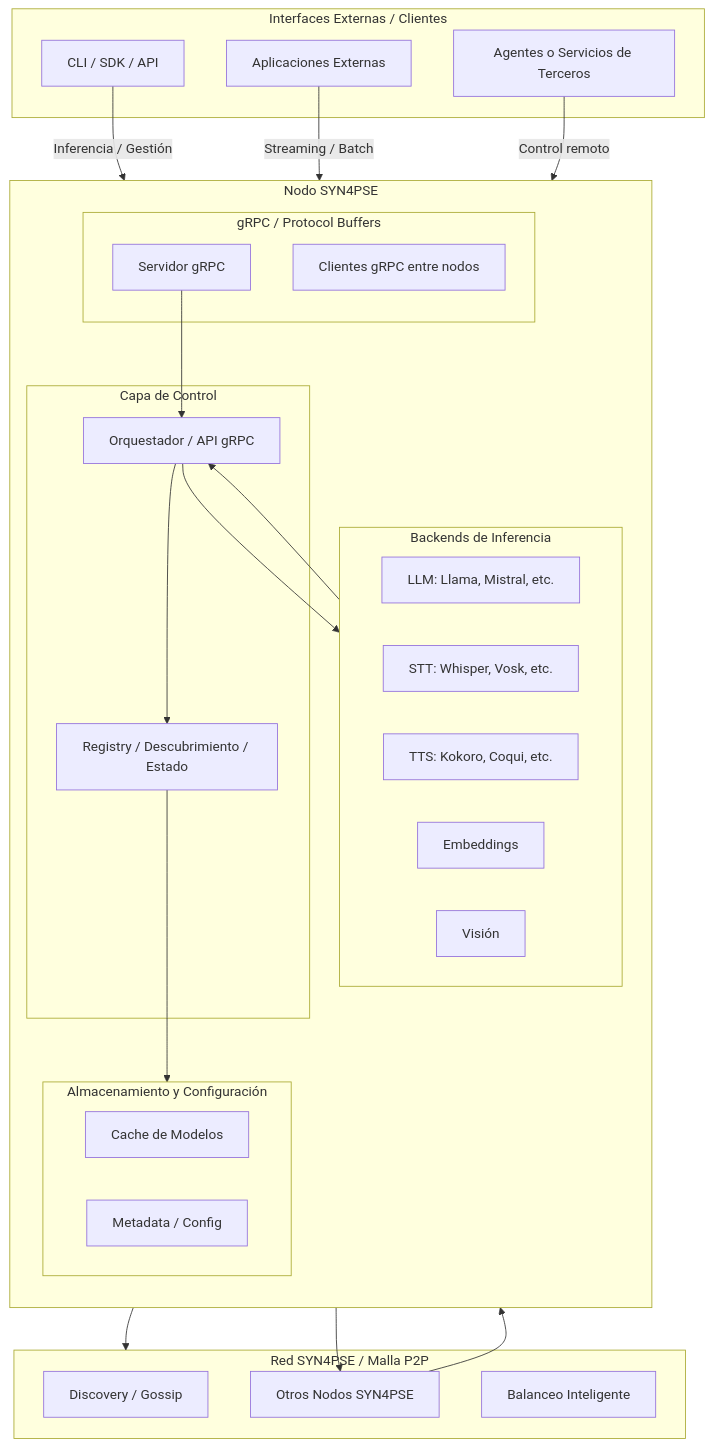
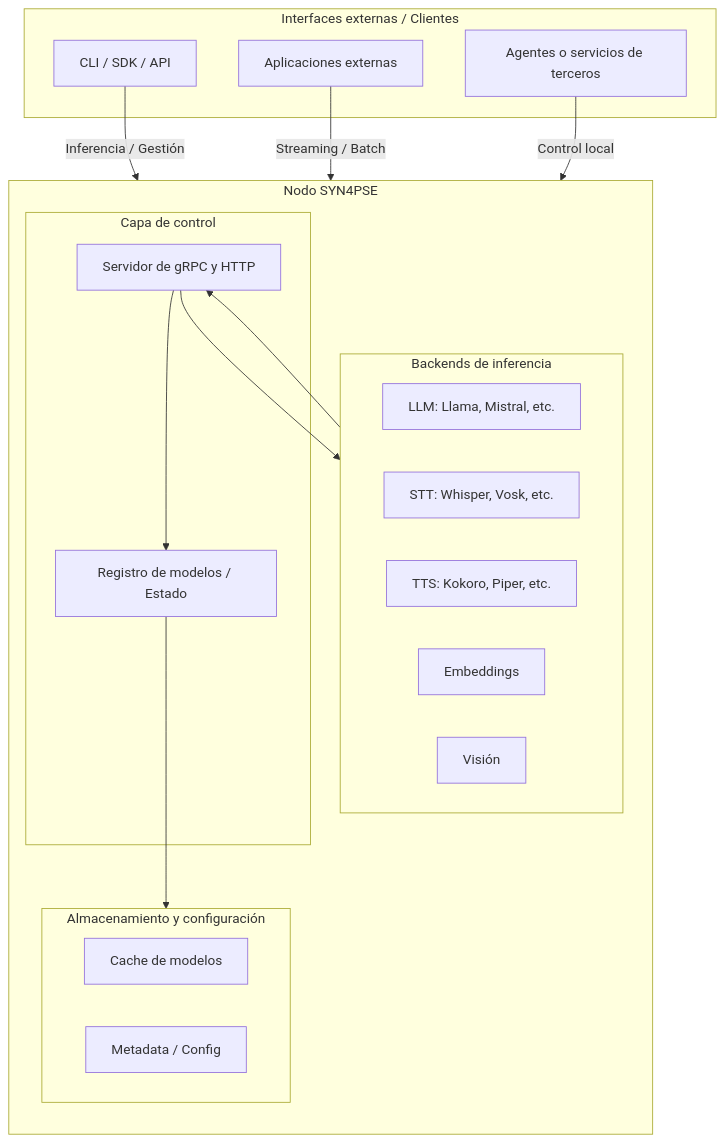
Before and after one commit to ju4n97/samples: the diagram in README.md, drawn with Mermaid. The commit also changed other lines of this file and 2 other files, not shown here.

````diff
--- a/README.md
+++ b/README.md
@@ -17,53 +23,38 @@
 ```mermaid
 flowchart TD
-    subgraph CLIENTS[Interfaces Externas / Clientes]
+    subgraph CLIENTS[Interfaces externas / Clientes]
         A1[CLI / SDK / API]
-        A2[Aplicaciones Externas]
-        A3[Agentes o Servicios de Terceros]
+        A2[Aplicaciones externas]
+        A3[Agentes o servicios de terceros]
     end
 
     subgraph NODE[Nodo SYN4PSE]
         direction TB
 
-        subgraph CONTROL[Capa de Control]
-            B1[Registry / Descubrimiento / Estado]
-            B2[Orquestador / API gRPC]
+        subgraph CONTROL[Capa de control]
+            B1[Registro de modelos / Estado]
+            B2[Servidor de gRPC y HTTP]
         end
 
-        subgraph BACKENDS[Backends de Inferencia]
+        subgraph BACKENDS[Backends de inferencia]
             C1[LLM: Llama, Mistral, etc.]
             C2[STT: Whisper, Vosk, etc.]
-            C3[TTS: Kokoro, Coqui, etc.]
+            C3[TTS: Kokoro, Piper, etc.]
             C4[Embeddings]
             C5[Visión]
         end
 
-        subgraph PB[gRPC / Protocol Buffers]
-            D1[Servidor gRPC]
-            D2[Clientes gRPC entre nodos]
-        end
-
-        subgraph STORAGE[Almacenamiento y Configuración]
-            E1[Cache de Modelos]
+        subgraph STORAGE[Almacenamiento y configuración]
+            E1[Cache de modelos]
             E2[Metadata / Config]
         end
     end
 
-    subgraph NETWORK[Red SYN4PSE / Malla P2P]
-        F1[Discovery / Gossip]
-        F2[Otros Nodos SYN4PSE]
-        F3[Balanceo Inteligente]
-    end
-
-    A1 -->|Inferencia / Gestión| D1
-    A2 -->|Streaming / Batch| D1
-    A3 -->|Control remoto| D1
-    D1 --> B2
+    A1 -->|Inferencia / Gestión| B2
+    A2 -->|Streaming / Batch| B2
+    A3 -->|Control local| B2
     B2 --> B1
     B2 --> BACKENDS
     BACKENDS --> B2
     B1 --> STORAGE
-    D2 --> NETWORK
-    F2 --> D2
-    D1 --> F2
 ```
````
